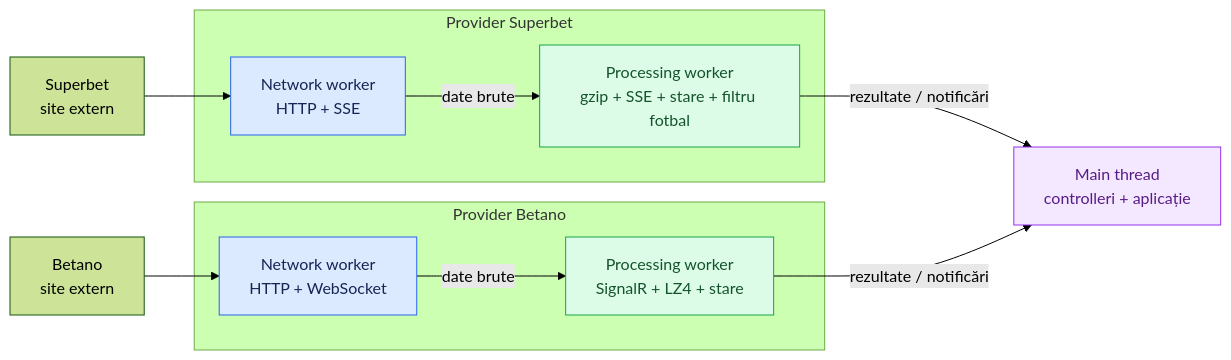
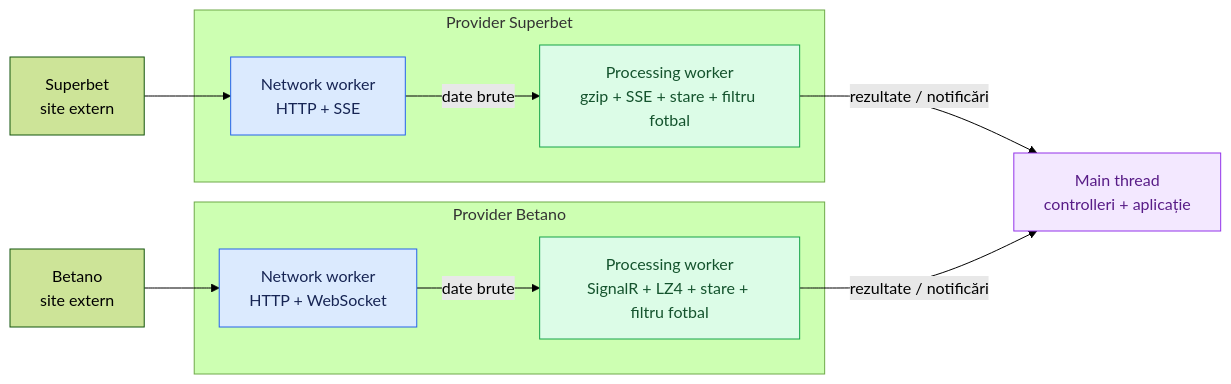
The diagram in README.md (CristiCP/Advanced-Betting-System), drawn with Mermaid (forest theme) before and after one commit. The commit also changed other lines of this file and 20 other files, not shown here.

````diff
--- a/README.md
+++ b/README.md
@@ -16,30 +18,30 @@
 ```mermaid
 flowchart LR
     SB["Superbet<br/>site extern"]
     BE["Betano<br/>site extern"]
 
     subgraph SP["Provider Superbet"]
         SN["Network worker<br/>HTTP + SSE"]
         SW["Processing worker<br/>gzip + SSE + stare + filtru fotbal"]
         SN -->|"date brute"| SW
     end
 
     subgraph BP["Provider Betano"]
         BN["Network worker<br/>HTTP + WebSocket"]
-        BW["Processing worker<br/>SignalR + LZ4 + stare"]
+        BW["Processing worker<br/>SignalR + LZ4 + stare + filtru fotbal"]
         BN -->|"date brute"| BW
     end
 
     MAIN["Main thread<br/>controlleri + aplicație"]
     SB --> SN
     BE --> BN
     SW -->|"rezultate / notificări"| MAIN
     BW -->|"rezultate / notificări"| MAIN
 
     classDef network fill:#dbeafe,stroke:#2563eb,color:#172554
     classDef processing fill:#dcfce7,stroke:#16a34a,color:#14532d
     classDef main fill:#f3e8ff,stroke:#9333ea,color:#581c87
     class SN,BN network
     class SW,BW processing
     class MAIN main
 ```
````
